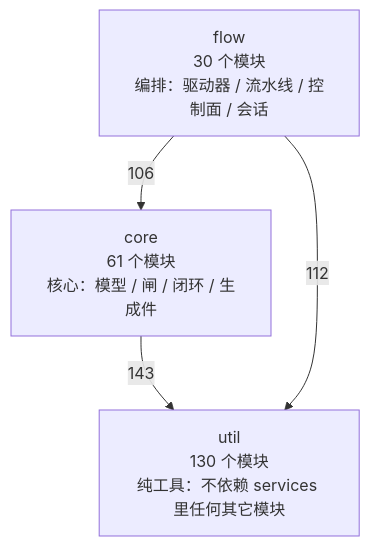
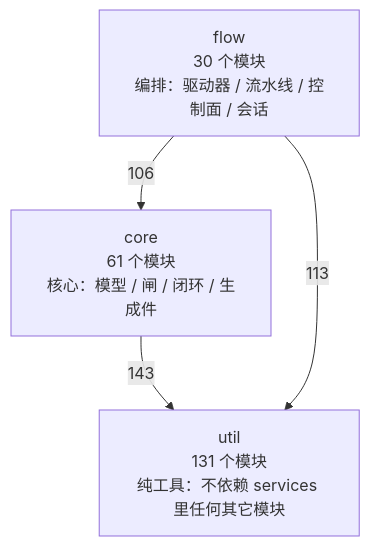
Before and after one commit to 2686521696/WhyBuddy: the first of 4 diagrams in docs/SlideRule V6.2 架构图（自动生成）.md, drawn with Mermaid. The commit also changed other lines of this file and 12 other files, not shown here.

````diff
--- a/docs/SlideRule V6.2 架构图（自动生成）.md
+++ b/docs/SlideRule V6.2 架构图（自动生成）.md
@@ -48,9 +48,9 @@
 ```mermaid
 flowchart TB
-  util["util<br/>130 个模块<br/>纯工具：不依赖 services 里任何其它模块"]
+  util["util<br/>131 个模块<br/>纯工具：不依赖 services 里任何其它模块"]
   core["core<br/>61 个模块<br/>核心：模型 / 闸 / 闭环 / 生成件"]
   flow["flow<br/>30 个模块<br/>编排：驱动器 / 流水线 / 控制面 / 会话"]
   core -->|143| util
   flow -->|106| core
-  flow -->|112| util
+  flow -->|113| util
 ```
````
